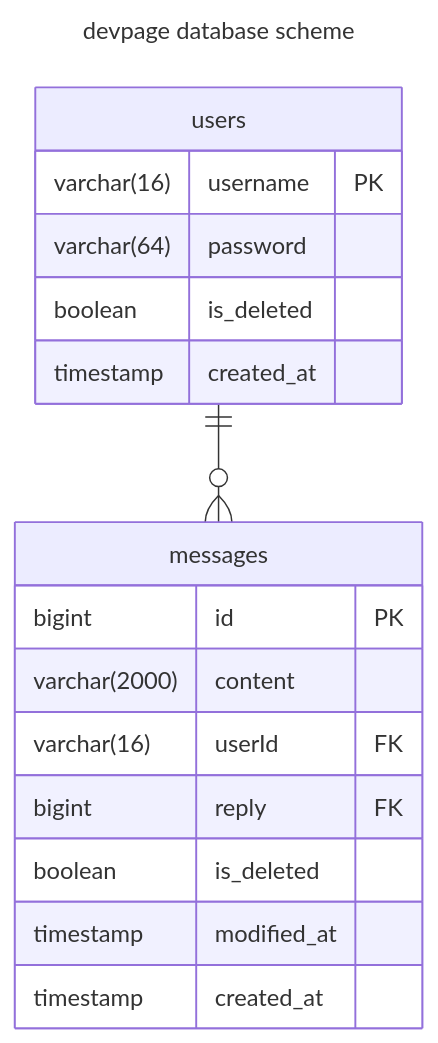
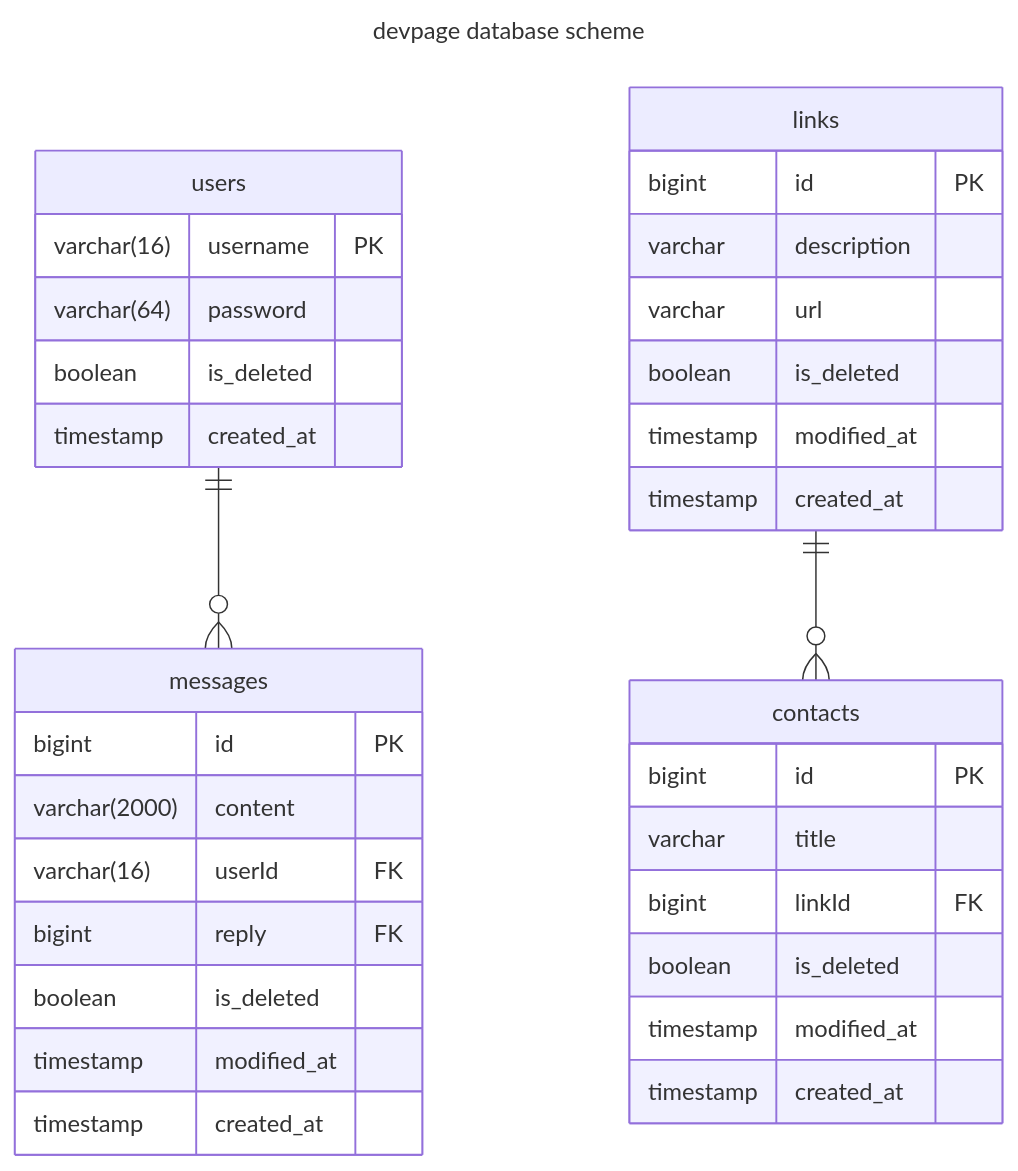
One commit to ilfey/devback changed the first of 2 diagrams in README.md. Above: the diagram before and after it, drawn with Mermaid. The commit also changed other lines of this file and 24 other files, not shown here.

Commit message:
add links and contacts

````diff
--- a/README.md
+++ b/README.md
@@ -23,25 +33,45 @@
 ```mermaid
 ---
 title: "devpage database scheme"
 ---
 
 erDiagram
     users {
         varchar(16) username PK
         varchar(64) password
         boolean is_deleted
         timestamp created_at
     }
 
     messages {
         bigint id PK
         varchar(2000) content
         varchar(16) userId FK
         bigint reply FK
         boolean is_deleted
         timestamp modified_at
         timestamp created_at
     }
 
+    links {
+        bigint id PK
+        varchar description
+        varchar url
+        boolean is_deleted
+        timestamp modified_at
+        timestamp created_at
+    }
+
+    contacts {
+        bigint id PK
+        varchar title
+        bigint linkId FK
+        boolean is_deleted
+        timestamp modified_at
+        timestamp created_at
+    }
+
+    
+    links only one to zero or many contacts : ""
     users only one to zero or many messages : ""
 ```
````
